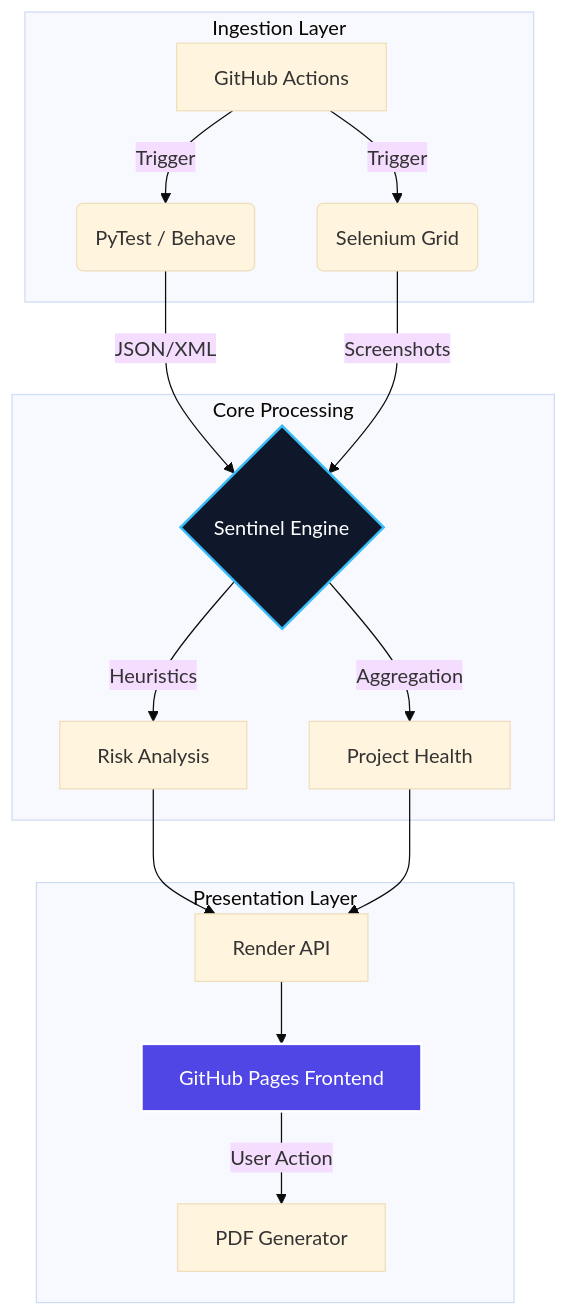
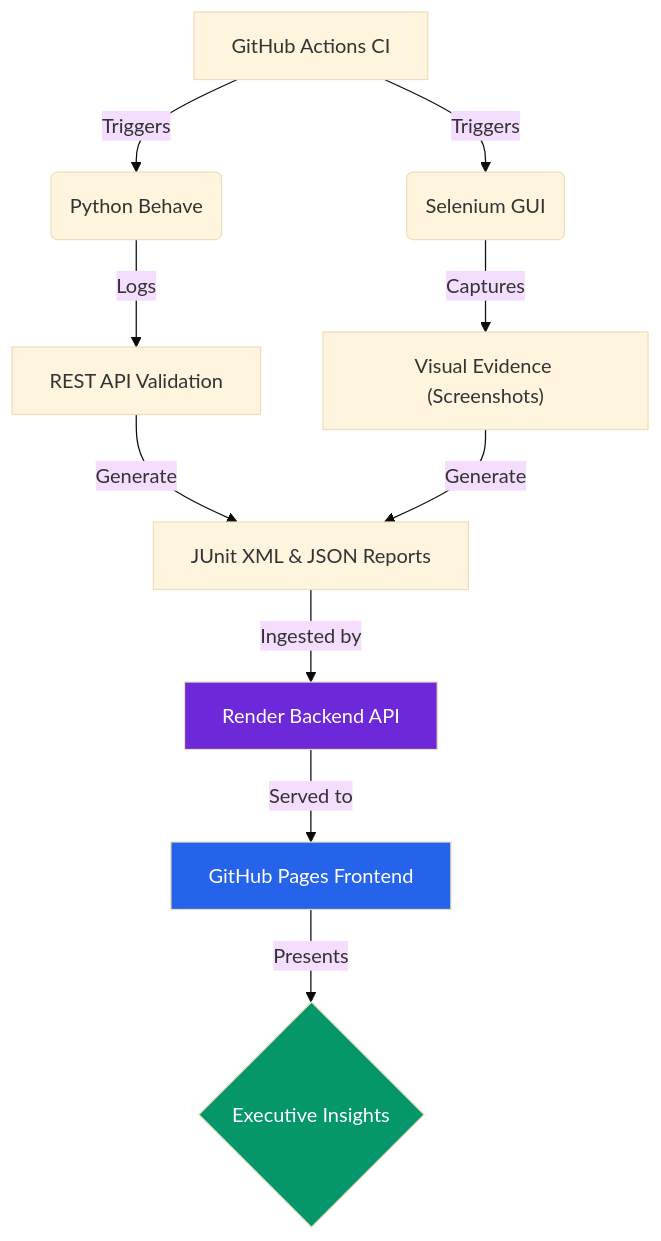
One commit to carlos-camara/dashboard changed the diagram in README.md. Above: the diagram before and after it, drawn with Mermaid (base theme). The commit also changed other lines of this file, not shown here.

````diff
--- a/README.md
+++ b/README.md
@@ -75,23 +92,15 @@
 ```mermaid
 graph TD
-    subgraph "Ingestion Layer"
-        A[GitHub Actions] -->|Trigger| B(PyTest / Behave)
-        A -->|Trigger| C(Selenium Grid)
-    end
-
-    subgraph "Core Processing"
-        B -->|JSON/XML| D{Sentinel Engine}
-        C -->|Screenshots| D
-        D -->|Heuristics| E[Risk Analysis]
-        D -->|Aggregation| F[Project Health]
-    end
-
-    subgraph "Presentation Layer"
-        E & F --> G[Render API]
-        G --> H[GitHub Pages Frontend]
-        H -->|User Action| I[PDF Generator]
-    end
+    A["GitHub Actions CI"] -->|Triggers| B("Python Behave")
+    A -->|Triggers| C("Selenium GUI")
+    B -->|Logs| D["REST API Validation"]
+    C -->|Captures| E["Visual Evidence (Screenshots)"]
+    D & E -->|Generate| F["JUnit XML & JSON Reports"]
+    F -->|Ingested by| G["Render Backend API"]
+    G -->|Served to| H["GitHub Pages Frontend"]
+    H -->|Presents| I{"Executive Insights"}
     
-    style H fill:#4f46e5,stroke:#fff,stroke-width:2px,color:#fff
-    style D fill:#0f172a,stroke:#38bdf8,stroke-width:2px,color:#fff
+    style G fill:#6d28d9,color:#fff
+    style H fill:#2563eb,color:#fff
+    style I fill:#059669,color:#fff
 ```
````
